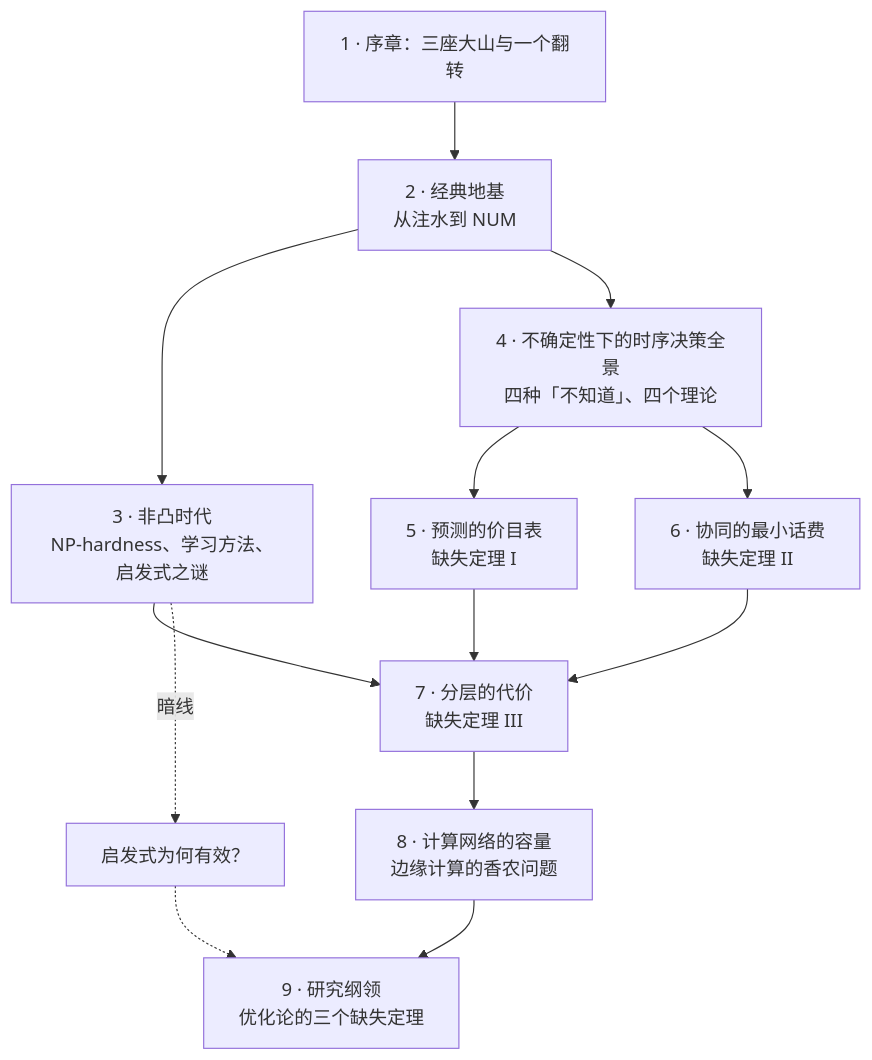
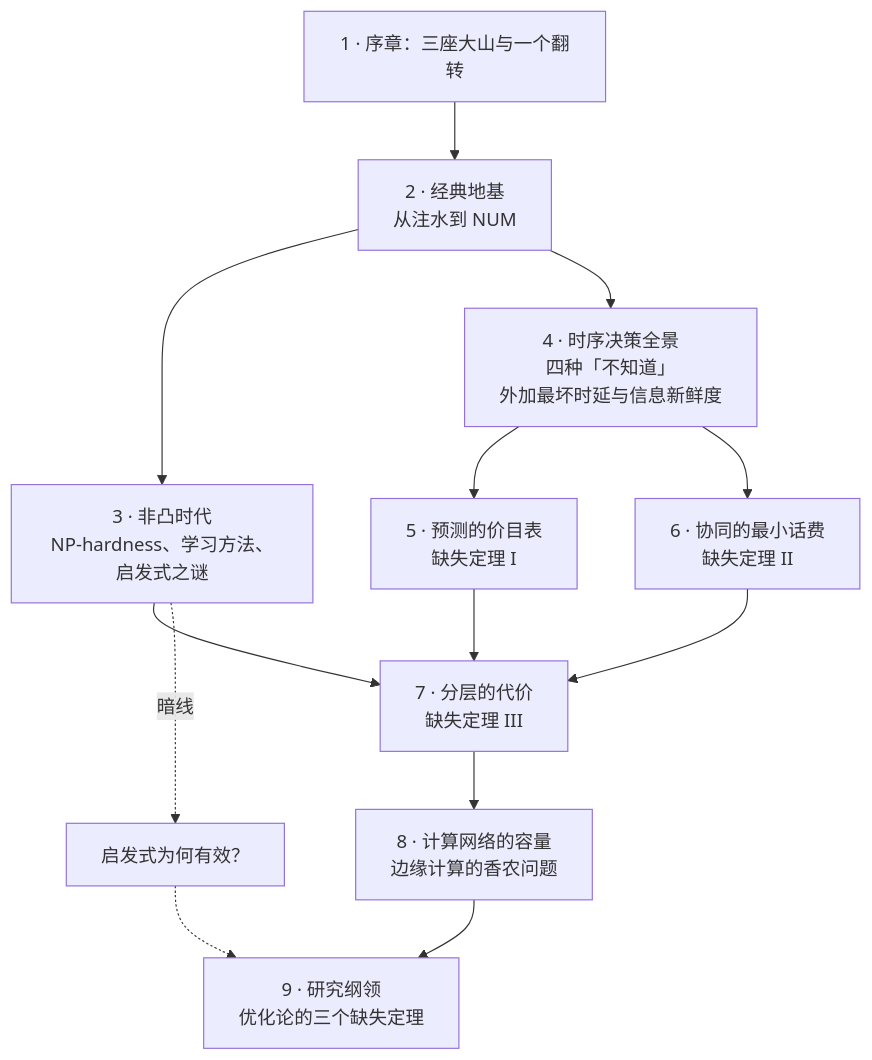
Before and after one commit to ZLHad/wireless-theory-tutorials: the third of 3 diagrams in site/docs/part3/01-three-mountains.md, drawn with Mermaid. The commit also changed 5 other files, not shown here.

````diff
--- a/site/docs/part3/01-three-mountains.md
+++ b/site/docs/part3/01-three-mountains.md
@@ -665,15 +665,15 @@
 ```mermaid
 flowchart TD
     C1["1 · 序章：三座大山与一个翻转"] --> C2["2 · 经典地基<br/>从注水到 NUM"]
     C2 --> C3["3 · 非凸时代<br/>NP-hardness、学习方法、启发式之谜"]
-    C2 --> C4["4 · 不确定性下的时序决策全景<br/>四种「不知道」、四个理论"]
+    C2 --> C4["4 · 时序决策全景<br/>四种「不知道」<br/>外加最坏时延与信息新鲜度"]
     C3 --> C7
     C4 --> C5["5 · 预测的价目表<br/>缺失定理 I"]
     C4 --> C6["6 · 协同的最小话费<br/>缺失定理 II"]
     C5 --> C7["7 · 分层的代价<br/>缺失定理 III"]
     C6 --> C7
     C7 --> C8["8 · 计算网络的容量<br/>边缘计算的香农问题"]
     C8 --> C9["9 · 研究纲领<br/>优化论的三个缺失定理"]
     C3 -.暗线.-> W["启发式为何有效？"]
     W -.-> C9
 ```
````
